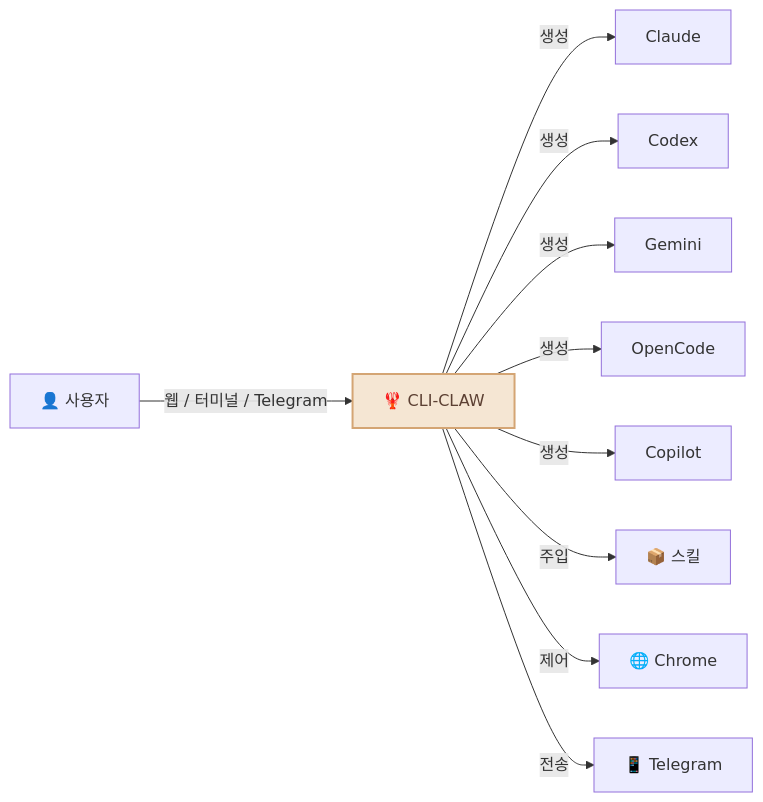
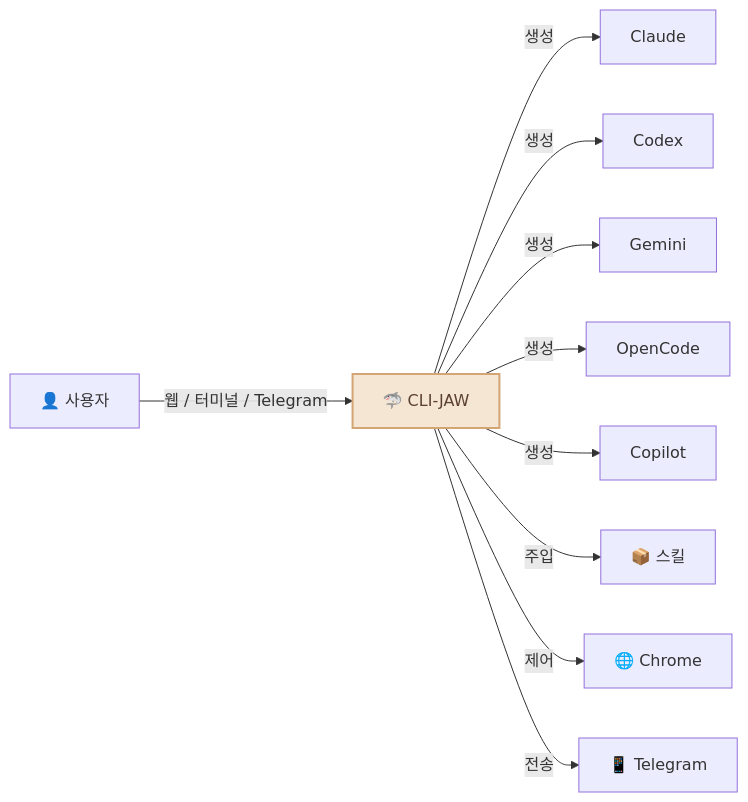
The first of 3 diagrams in README.ko.md (lidge-jun/cli-jaw), drawn with Mermaid before and after one commit. The commit also changed other lines of this file and 72 other files, not shown here.

First line of the commit message:
🦈 rename cli-claw → cli-jaw (full rebrand)

````diff
--- a/README.ko.md
+++ b/README.ko.md
@@ -46,14 +46,14 @@
 ```mermaid
 graph LR
-    YOU["👤 사용자"] -->|웹 / 터미널 / Telegram| CLAW["🦞 CLI-CLAW"]
+    YOU["👤 사용자"] -->|웹 / 터미널 / Telegram| CLAW["🦈 CLI-JAW"]
     CLAW -->|생성| C["Claude"]
     CLAW -->|생성| X["Codex"]
     CLAW -->|생성| G["Gemini"]
     CLAW -->|생성| O["OpenCode"]
     CLAW -->|생성| P["Copilot"]
     CLAW -->|주입| SK["📦 스킬"]
     CLAW -->|제어| BR["🌐 Chrome"]
     CLAW -->|전송| TG["📱 Telegram"]
     
     style CLAW fill:#f5e6d3,stroke:#d4a574,stroke-width:2px,color:#5c4033
 ```
````
